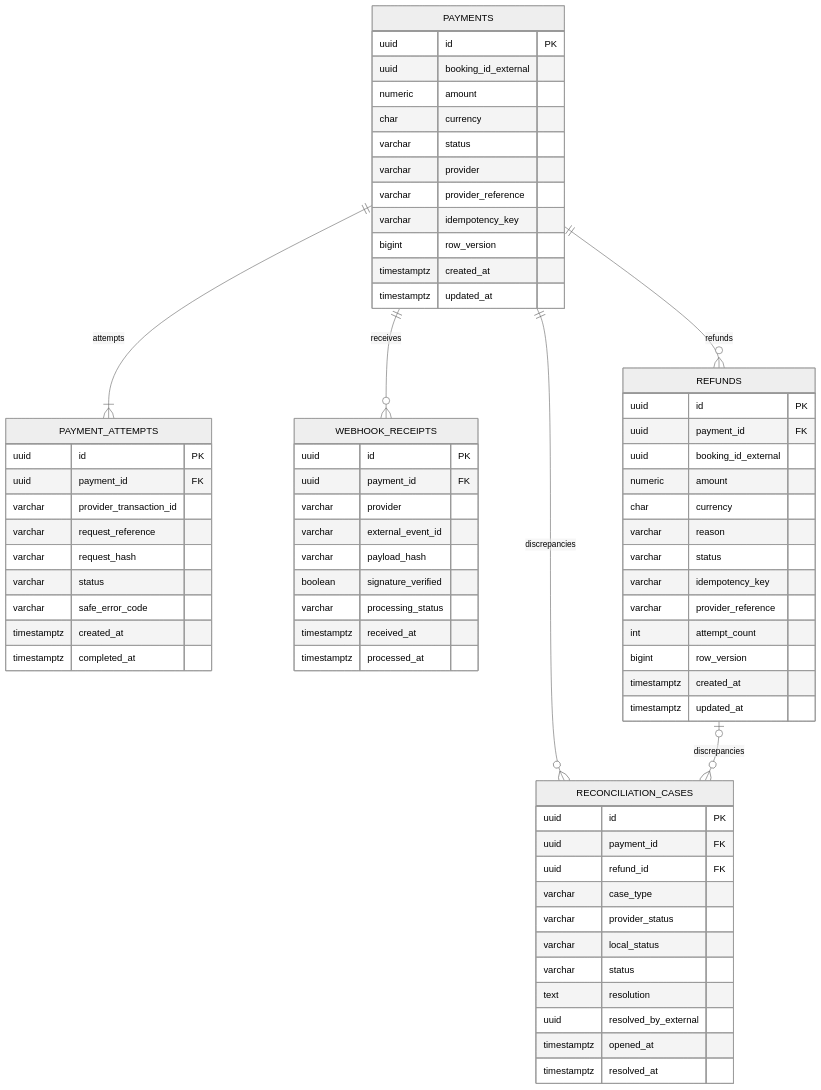
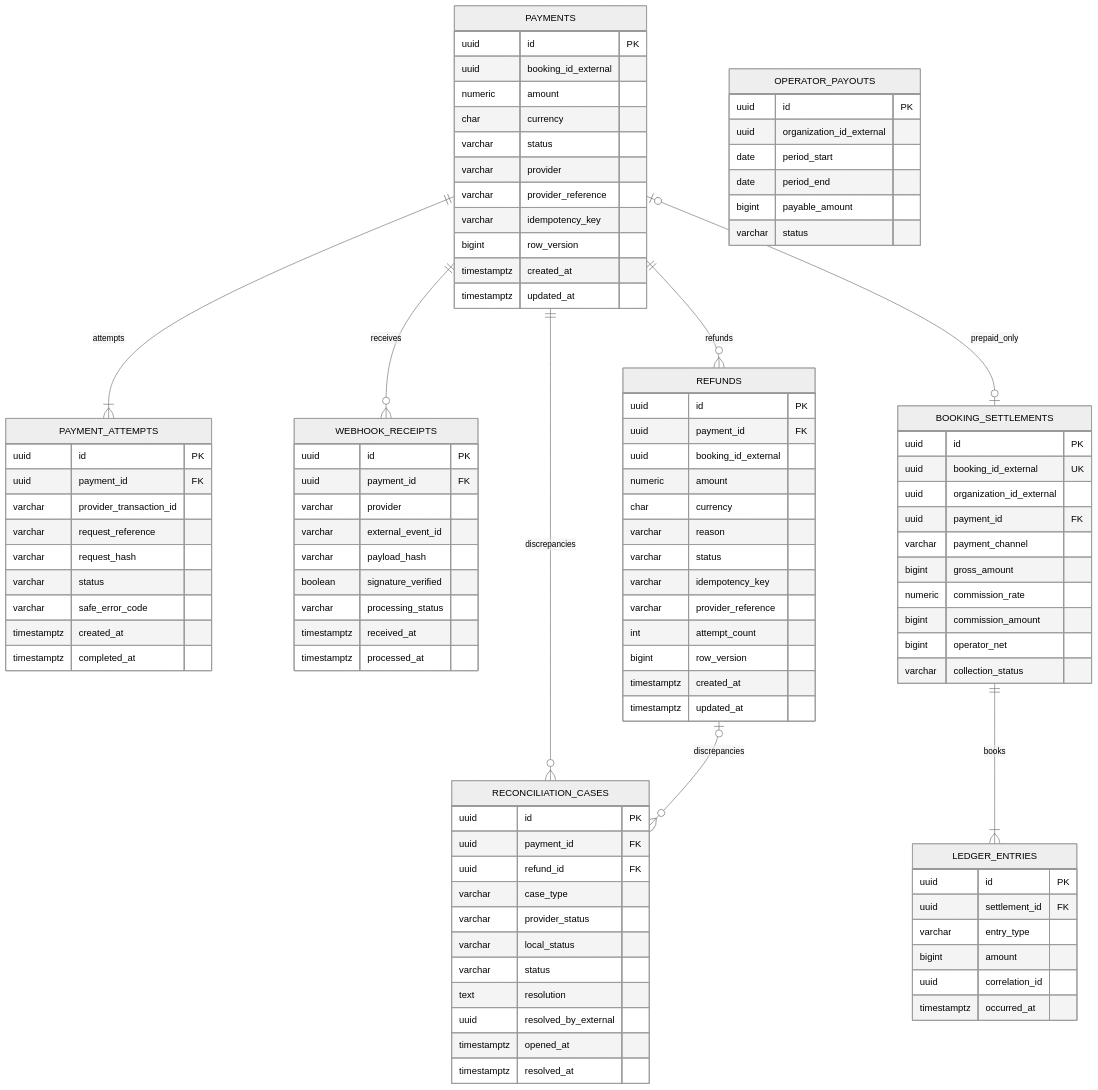
Before and after one commit to TrisMinh/PBL6: the diagram in docs/system-design/02-07-database-erd/04-payment-db.md, drawn with Mermaid (neutral theme). The commit also changed other lines of this file and 68 other files, not shown here.

````diff
--- a/docs/system-design/02-07-database-erd/04-payment-db.md
+++ b/docs/system-design/02-07-database-erd/04-payment-db.md
@@ -67,10 +67,40 @@
         timestamptz opened_at
         timestamptz resolved_at
     }
+    BOOKING_SETTLEMENTS {
+        uuid id PK
+        uuid booking_id_external UK
+        uuid organization_id_external
+        uuid payment_id FK
+        varchar payment_channel
+        bigint gross_amount
+        numeric commission_rate
+        bigint commission_amount
+        bigint operator_net
+        varchar collection_status
+    }
+    LEDGER_ENTRIES {
+        uuid id PK
+        uuid settlement_id FK
+        varchar entry_type
+        bigint amount
+        uuid correlation_id
+        timestamptz occurred_at
+    }
+    OPERATOR_PAYOUTS {
+        uuid id PK
+        uuid organization_id_external
+        date period_start
+        date period_end
+        bigint payable_amount
+        varchar status
+    }
 
     PAYMENTS ||--|{ PAYMENT_ATTEMPTS : attempts
     PAYMENTS ||--o{ WEBHOOK_RECEIPTS : receives
     PAYMENTS ||--o{ REFUNDS : refunds
     PAYMENTS ||--o{ RECONCILIATION_CASES : discrepancies
     REFUNDS o|--o{ RECONCILIATION_CASES : discrepancies
+    PAYMENTS |o--o| BOOKING_SETTLEMENTS : prepaid_only
+    BOOKING_SETTLEMENTS ||--|{ LEDGER_ENTRIES : books
 ```
````
